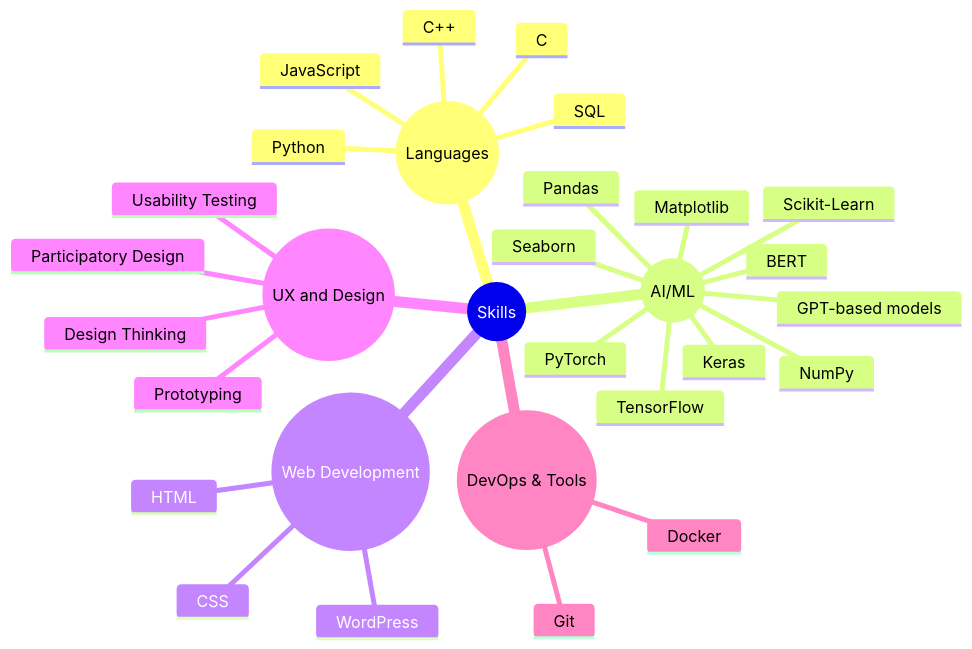
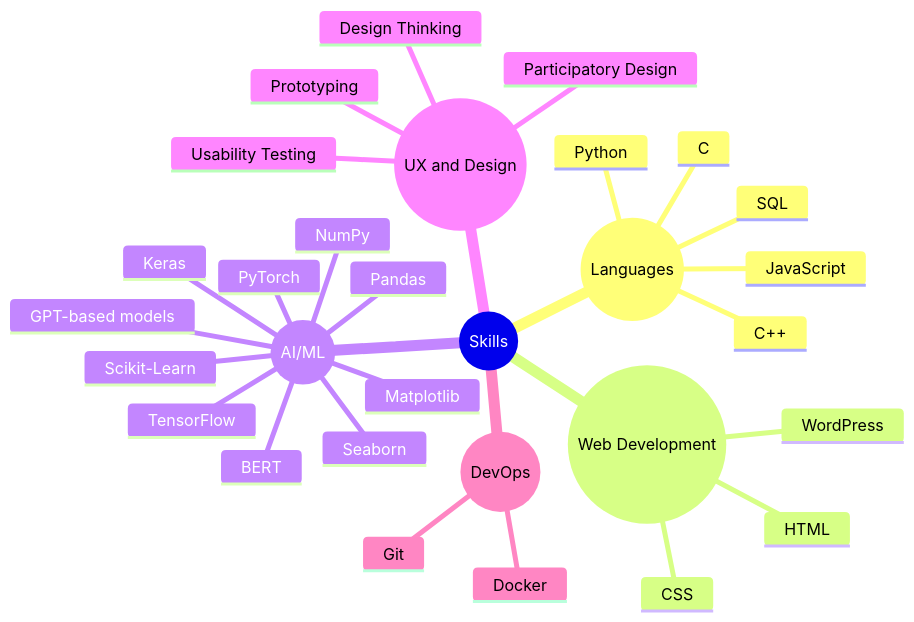
Before and after one commit to pooriya-jamie/pooriya-jamie: the diagram in README.md, drawn with Mermaid.

````diff
--- a/README.md
+++ b/README.md
@@ -20,33 +20,37 @@
 ```mermaid
 mindmap
   root((Skills))
     ((Languages))
       Python
       C
       C++
       SQL
       JavaScript
+
+    ((Web Development))
+      HTML
+      CSS
+      WordPress
+
     ((AI/ML))
       TensorFlow
       PyTorch
       Scikit-Learn
       Keras
       NumPy
       Pandas
       Matplotlib
       Seaborn
       BERT
       GPT-based models
-    ((Web Development))
-      HTML
-      CSS
-      WordPress
+
     ((UX and Design))
       Design Thinking
       Participatory Design
       Prototyping
       Usability Testing
-    ((DevOps & Tools))
+
+    ((DevOps))
       Git
       Docker
 ```
````
